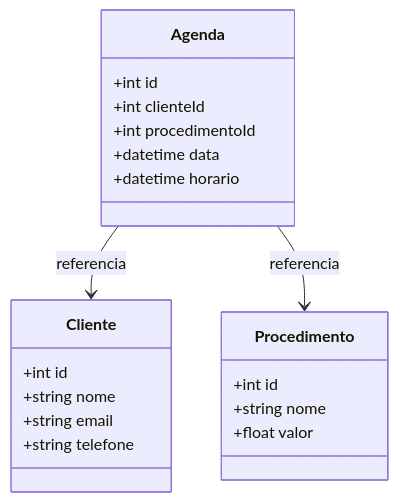
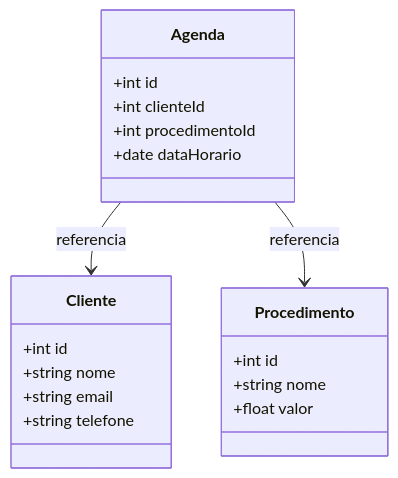
Before and after one commit to ronisdesousa/prj-java: the diagram in agenda/README.md, drawn with Mermaid.

````diff
--- a/agenda/README.md
+++ b/agenda/README.md
@@ -6,26 +6,25 @@
 ```mermaid
 classDiagram
     class Cliente {
         +int id
         +string nome
         +string email
         +string telefone
     }
 
     class Procedimento {
         +int id
         +string nome
         +float valor
     }
 
     class Agenda {
         +int id
         +int clienteId
         +int procedimentoId
-        +datetime data
-        +datetime horario
+        +date dataHorario
     }
 
     Agenda --> Cliente : referencia
     Agenda --> Procedimento : referencia
 ```
````
